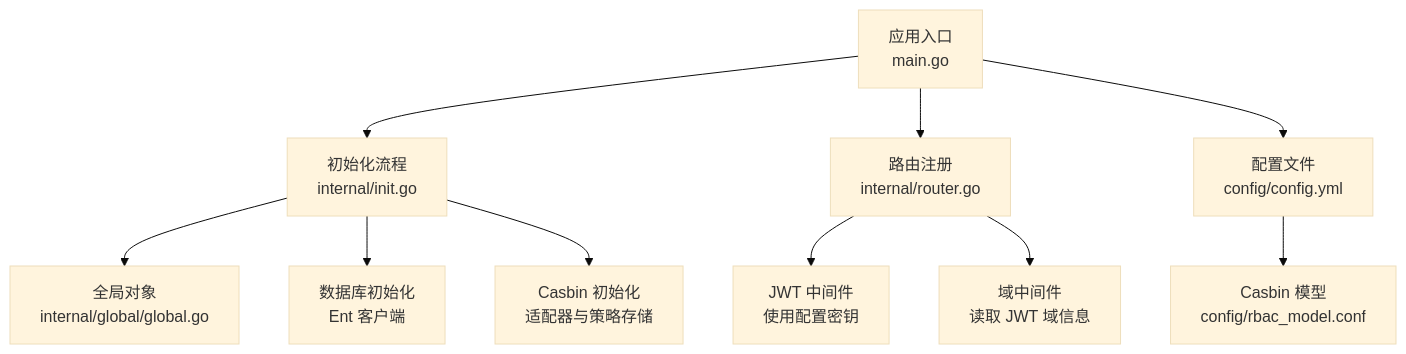
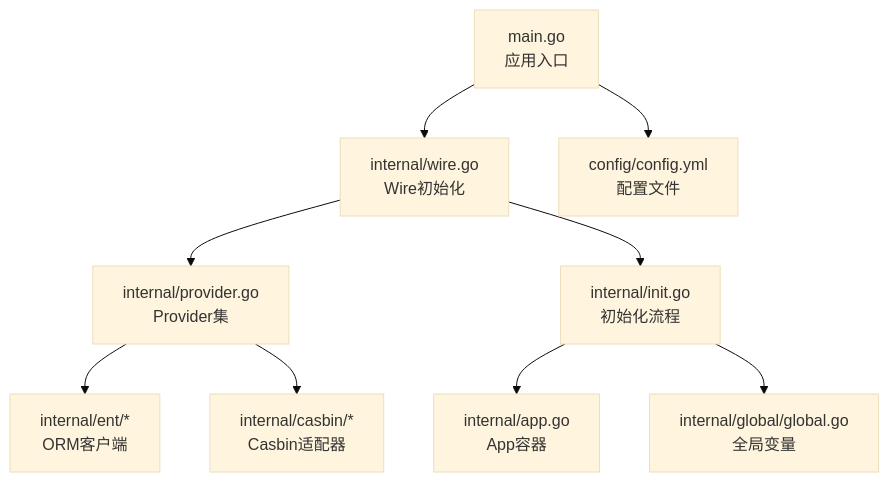
One commit to wuwuseo/e-sports-go-admin changed the first of 3 diagrams in .qoder/repowiki/zh/content/配置管理/配置管理.md. Above: the diagram before and after it, drawn with Mermaid (base theme). The commit also changed other lines of this file and 141 other files, not shown here.

````diff
--- a/.qoder/repowiki/zh/content/配置管理/配置管理.md
+++ b/.qoder/repowiki/zh/content/配置管理/配置管理.md
@@ -39,12 +38,11 @@
 ```mermaid
 graph TB
-A["应用入口<br/>main.go"] --> B["初始化流程<br/>internal/init.go"]
-B --> C["全局对象<br/>internal/global/global.go"]
-B --> D["数据库初始化<br/>Ent 客户端"]
-B --> E["Casbin 初始化<br/>适配器与策略存储"]
-A --> F["路由注册<br/>internal/router.go"]
-F --> G["JWT 中间件<br/>使用配置密钥"]
-F --> H["域中间件<br/>读取 JWT 域信息"]
-A --> I["配置文件<br/>config/config.yml"]
-I --> J["Casbin 模型<br/>config/rbac_model.conf"]
+A["main.go<br/>应用入口"] --> B["internal/wire.go<br/>Wire初始化"]
+B --> C["internal/provider.go<br/>Provider集"]
+B --> D["internal/init.go<br/>初始化流程"]
+D --> E["internal/app.go<br/>App容器"]
+D --> F["internal/global/global.go<br/>全局变量"]
+A --> G["config/config.yml<br/>配置文件"]
+C --> H["internal/ent/*<br/>ORM客户端"]
+C --> I["internal/casbin/*<br/>Casbin适配器"]
 ```
````
